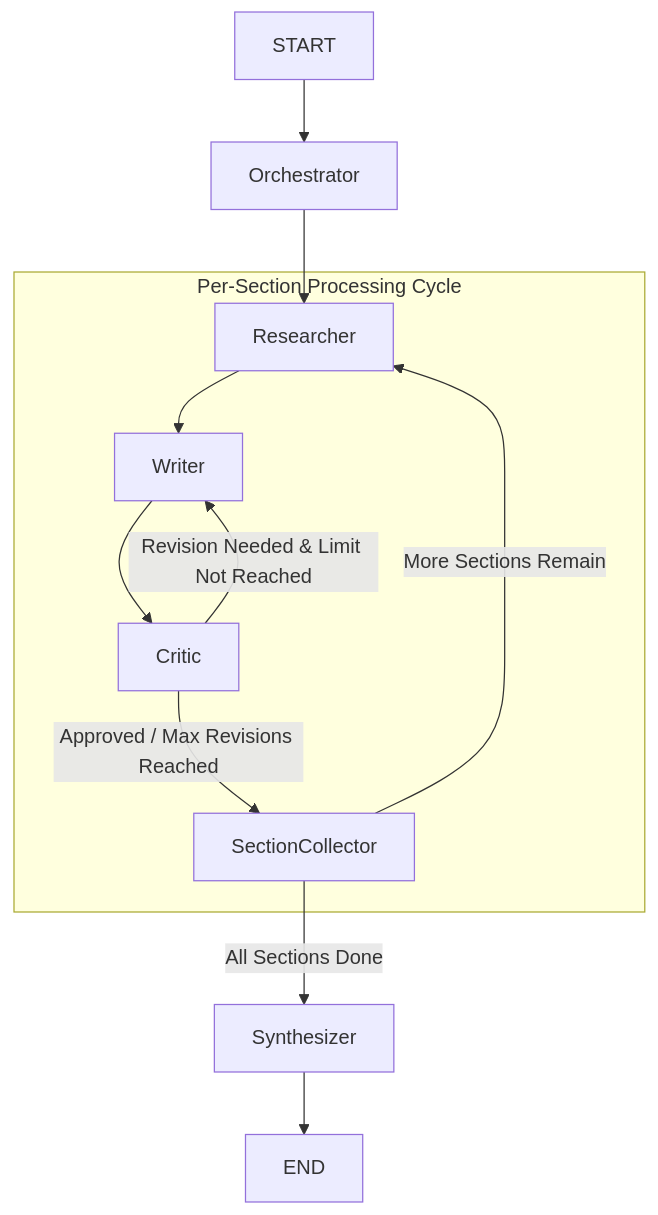
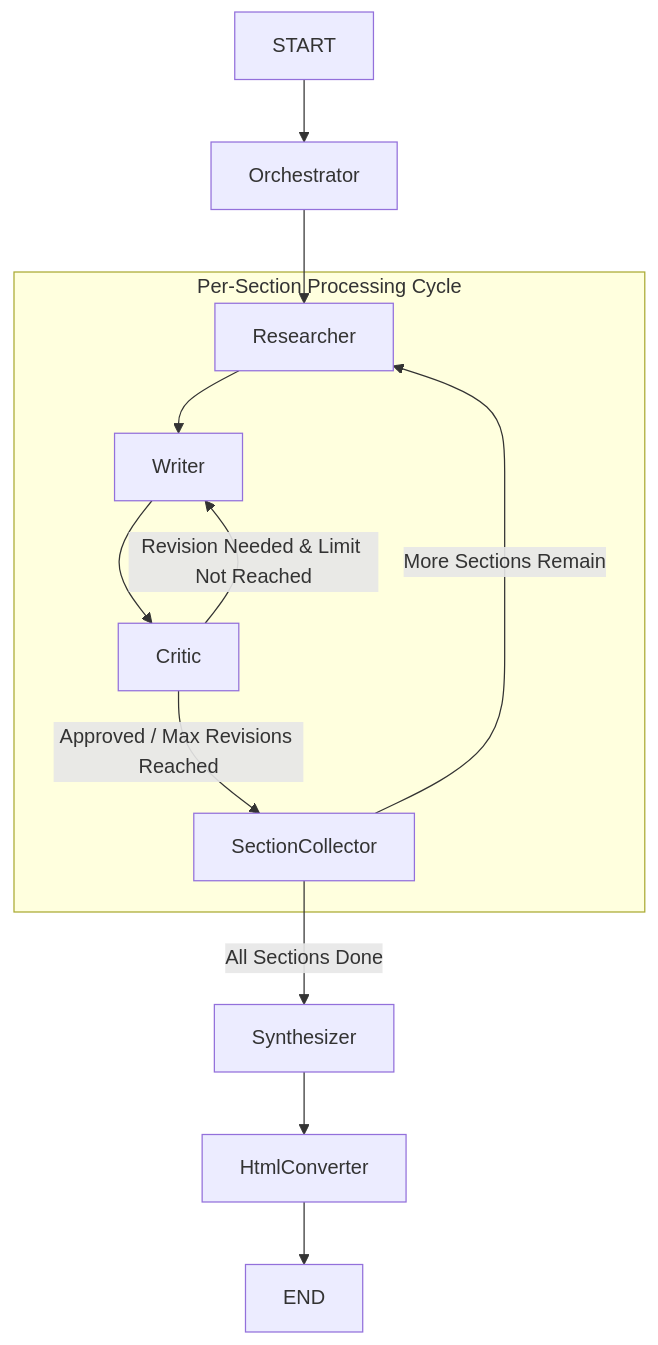
One commit to berkyalkn/langgraph-report-generator changed the diagram in README.md. Above: the diagram before and after it, drawn with Mermaid. The commit also changed other lines of this file, not shown here.

Commit message:
Finalize README with HTML output details

````diff
--- a/README.md
+++ b/README.md
@@ -81,16 +87,17 @@
 ```mermaid
 graph TD
     START --> Orchestrator
     Orchestrator --> Researcher
 
     subgraph "Per-Section Processing Cycle"
         Researcher --> Writer
         Writer --> Critic
         Critic -- "Revision Needed & Limit Not Reached" --> Writer
         Critic -- "Approved / Max Revisions Reached" --> SectionCollector
     end
 
     SectionCollector -- "More Sections Remain" --> Researcher
     SectionCollector -- "All Sections Done" --> Synthesizer
-    Synthesizer --> END
+    Synthesizer --> HtmlConverter
+    HtmlConverter --> END
 ```
````
